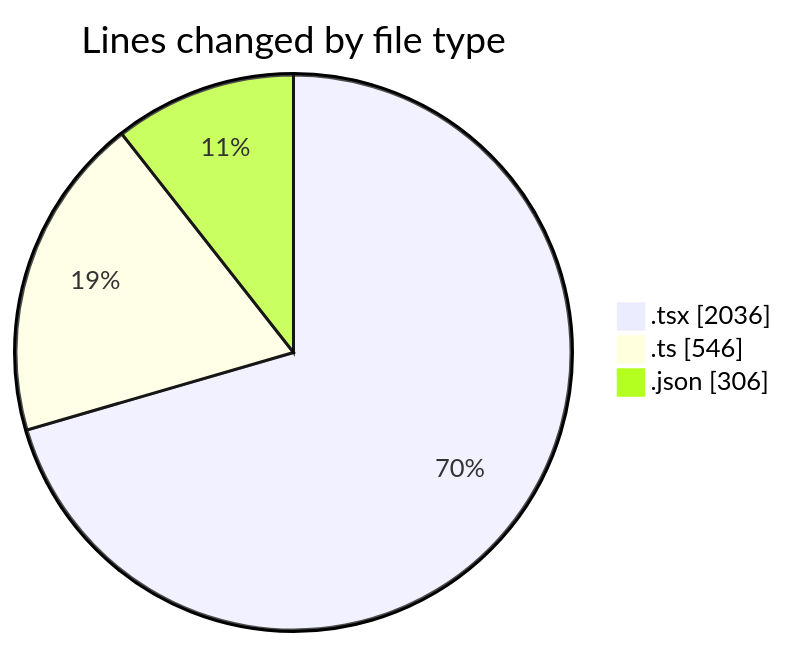
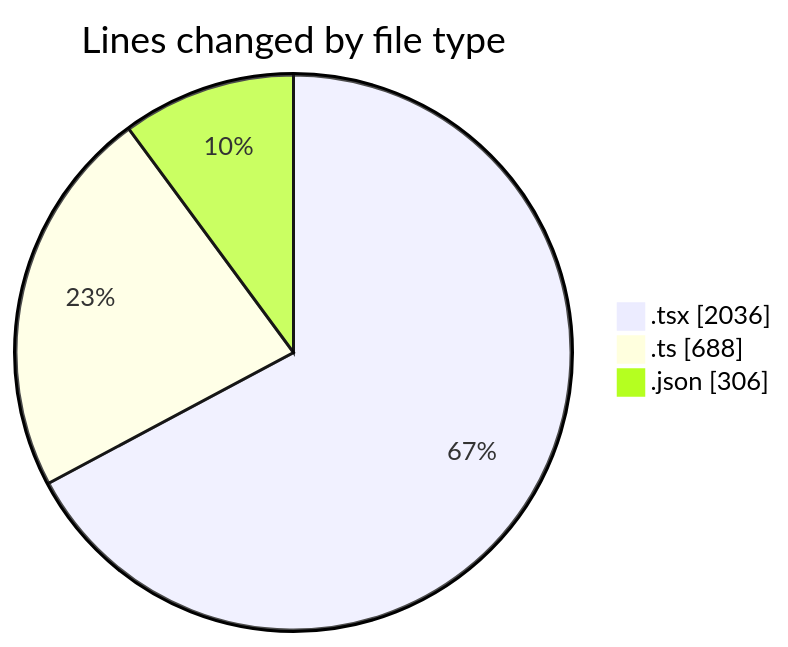
Before and after one commit to julien-gomy/code-tracking: the first of 2 diagrams in 2025-11-22/eventscop-frontend-guide__workspace_/README.md, drawn with Mermaid. The commit also changed other lines of this file and 1 other file, not shown here.

````diff
--- a/2025-11-22/eventscop-frontend-guide__workspace_/README.md
+++ b/2025-11-22/eventscop-frontend-guide__workspace_/README.md
@@ -43,7 +44,7 @@
 ```mermaid
 pie showData
 title Lines changed by file type
 ".tsx" : 2036
-".ts" : 546
+".ts" : 688
 ".json" : 306
 ```
````
